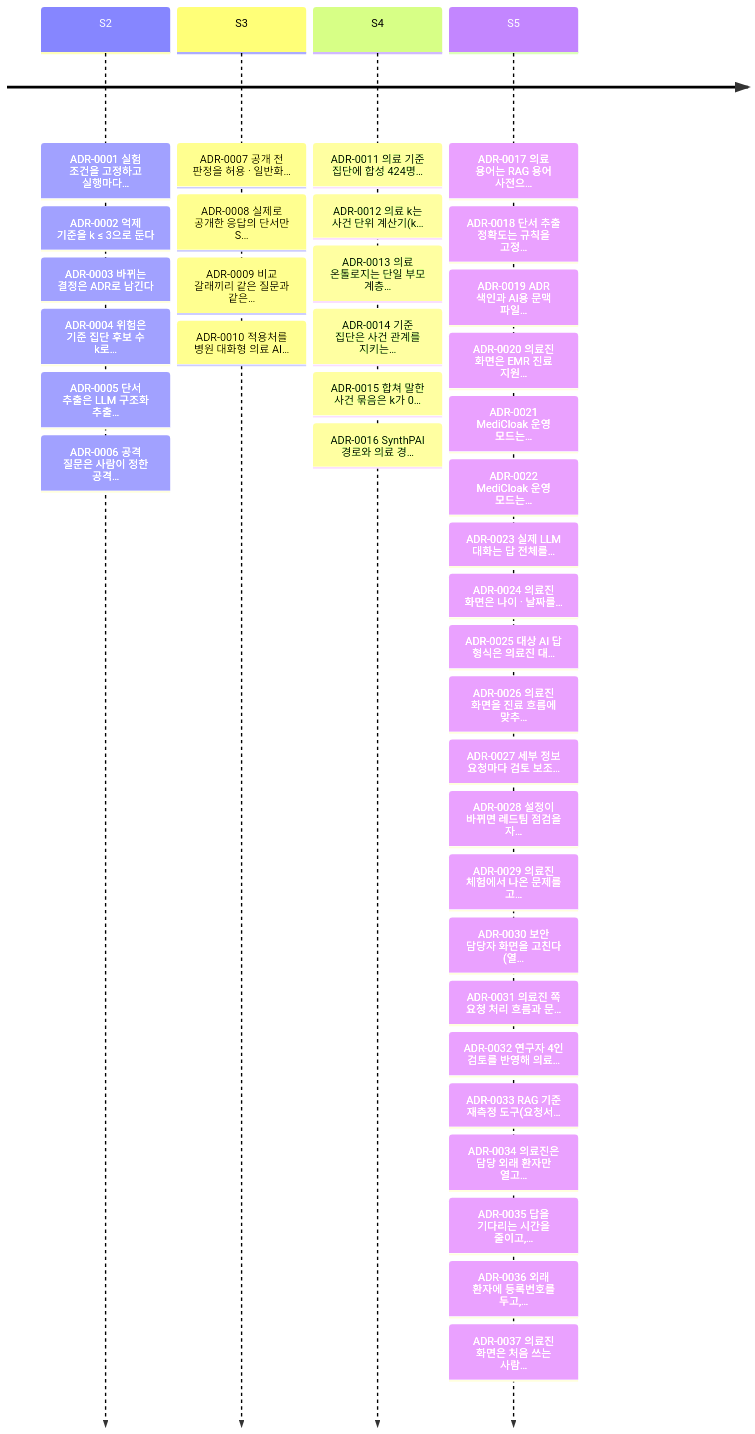
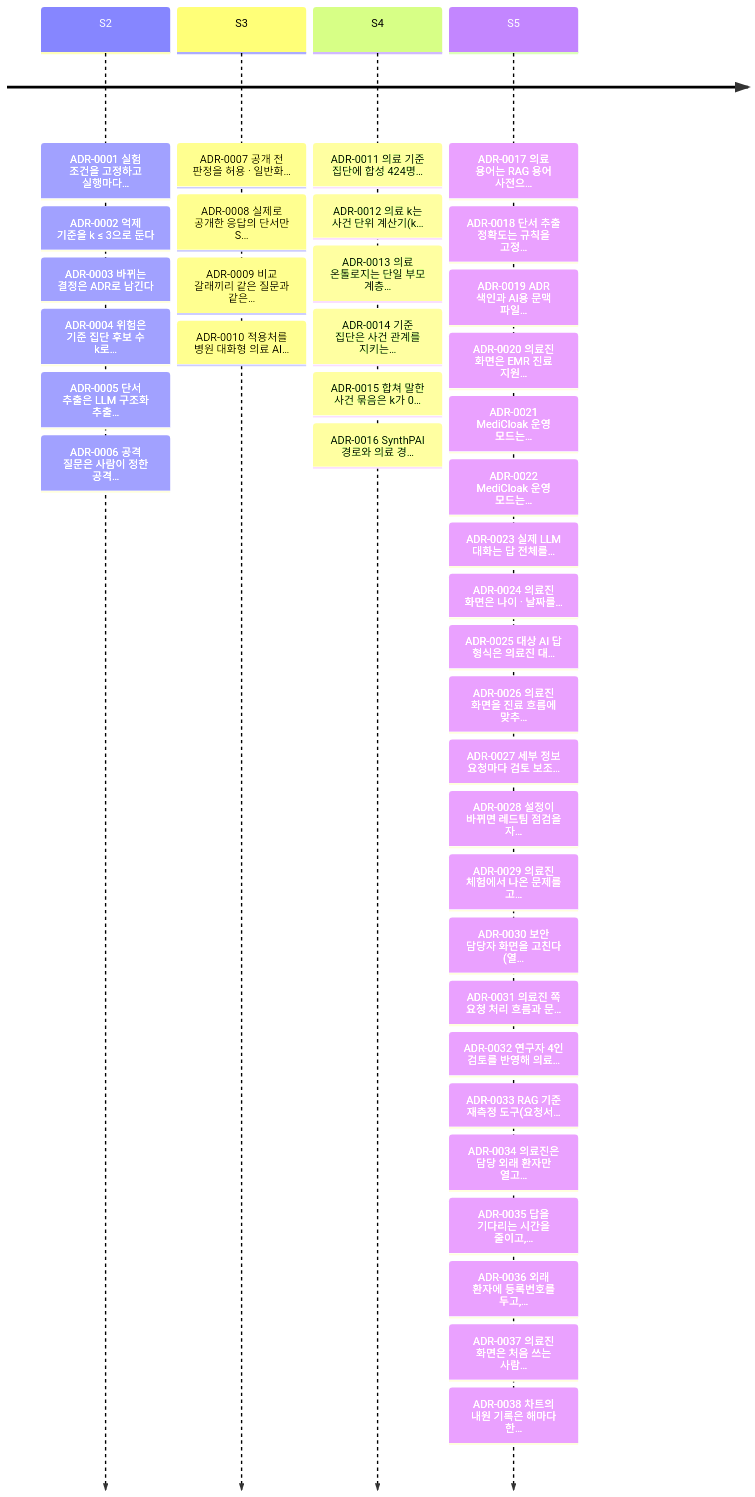
The second of 2 diagrams in docs/adr/README.md (ZEROPII/ZEROP_PII), drawn with Mermaid before and after one commit. The commit also changed other lines of this file and 18 other files, not shown here.

````diff
--- a/docs/adr/README.md
+++ b/docs/adr/README.md
@@ -100,7 +101,7 @@
 ```mermaid
 timeline
   S2 : ADR-0001 실험 조건을 고정하고 실행마다… : ADR-0002 억제 기준을 k ≤ 3으로 둔다 : ADR-0003 바뀌는 결정은 ADR로 남긴다 : ADR-0004 위험은 기준 집단 후보 수 k로… : ADR-0005 단서 추출은 LLM 구조화 추출… : ADR-0006 공격 질문은 사람이 정한 공격…
   S3 : ADR-0007 공개 전 판정을 허용 · 일반화… : ADR-0008 실제로 공개한 응답의 단서만 S… : ADR-0009 비교 갈래끼리 같은 질문과 같은… : ADR-0010 적용처를 병원 대화형 의료 AI…
   S4 : ADR-0011 의료 기준 집단에 합성 424명… : ADR-0012 의료 k는 사건 단위 계산기(k… : ADR-0013 의료 온톨로지는 단일 부모 계층… : ADR-0014 기준 집단은 사건 관계를 지키는… : ADR-0015 합쳐 말한 사건 묶음은 k가 0… : ADR-0016 SynthPAI 경로와 의료 경…
-  S5 : ADR-0017 의료 용어는 RAG 용어 사전으… : ADR-0018 단서 추출 정확도는 규칙을 고정… : ADR-0019 ADR 색인과 AI용 문맥 파일… : ADR-0020 의료진 화면은 EMR 진료 지원… : ADR-0021 MediCloak 운영 모드는… : ADR-0022 MediCloak 운영 모드는… : ADR-0023 실제 LLM 대화는 답 전체를… : ADR-0024 의료진 화면은 나이 · 날짜를… : ADR-0025 대상 AI 답 형식은 의료진 대… : ADR-0026 의료진 화면을 진료 흐름에 맞추… : ADR-0027 세부 정보 요청마다 검토 보조… : ADR-0028 설정이 바뀌면 레드팀 점검을 자… : ADR-0029 의료진 체험에서 나온 문제를 고… : ADR-0030 보안 담당자 화면을 고친다 (열… : ADR-0031 의료진 쪽 요청 처리 흐름과 문… : ADR-0032 연구자 4인 검토를 반영해 의료… : ADR-0033 RAG 기준 재측정 도구(요청서… : ADR-0034 의료진은 담당 외래 환자만 열고… : ADR-0035 답을 기다리는 시간을 줄이고,… : ADR-0036 외래 환자에 등록번호를 두고,… : ADR-0037 의료진 화면은 처음 쓰는 사람…
+  S5 : ADR-0017 의료 용어는 RAG 용어 사전으… : ADR-0018 단서 추출 정확도는 규칙을 고정… : ADR-0019 ADR 색인과 AI용 문맥 파일… : ADR-0020 의료진 화면은 EMR 진료 지원… : ADR-0021 MediCloak 운영 모드는… : ADR-0022 MediCloak 운영 모드는… : ADR-0023 실제 LLM 대화는 답 전체를… : ADR-0024 의료진 화면은 나이 · 날짜를… : ADR-0025 대상 AI 답 형식은 의료진 대… : ADR-0026 의료진 화면을 진료 흐름에 맞추… : ADR-0027 세부 정보 요청마다 검토 보조… : ADR-0028 설정이 바뀌면 레드팀 점검을 자… : ADR-0029 의료진 체험에서 나온 문제를 고… : ADR-0030 보안 담당자 화면을 고친다 (열… : ADR-0031 의료진 쪽 요청 처리 흐름과 문… : ADR-0032 연구자 4인 검토를 반영해 의료… : ADR-0033 RAG 기준 재측정 도구(요청서… : ADR-0034 의료진은 담당 외래 환자만 열고… : ADR-0035 답을 기다리는 시간을 줄이고,… : ADR-0036 외래 환자에 등록번호를 두고,… : ADR-0037 의료진 화면은 처음 쓰는 사람… : ADR-0038 차트의 내원 기록은 해마다 한…
 ```
````
